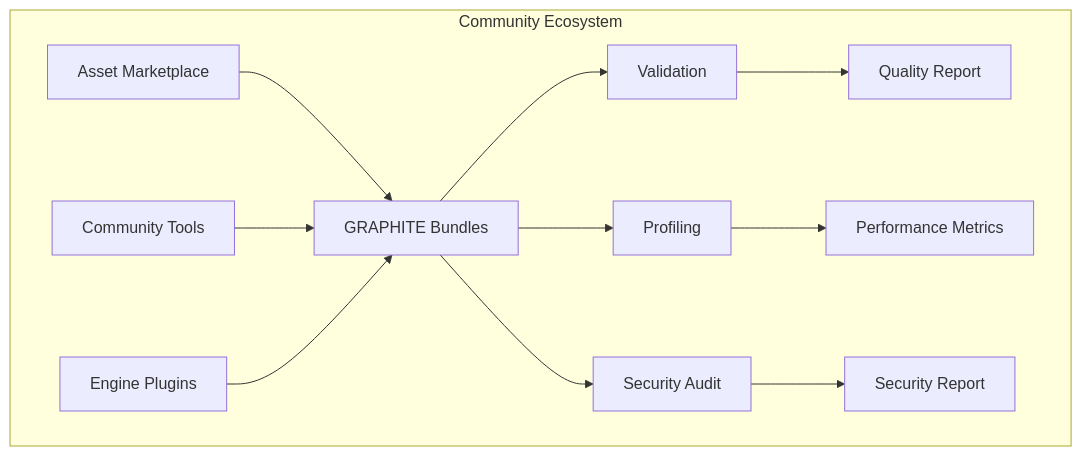
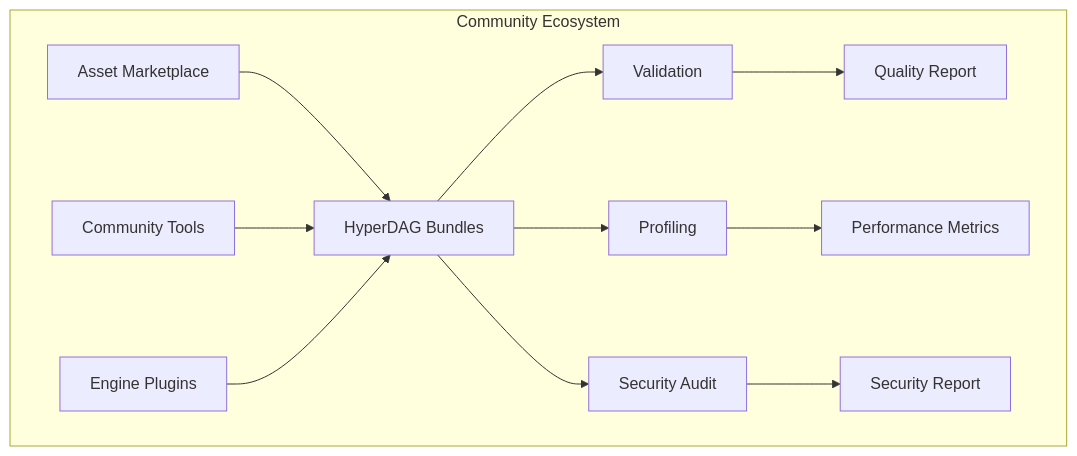
One commit to turtlgraph/docs changed the third of 6 diagrams in volumes/volume-3-advanced-systems/part-11-ecosystem-future.md. Above: the diagram before and after it, drawn with Mermaid. The commit also changed other lines of this file and 10 other files, not shown here.

First line of the commit message:
docs: Replace all GRAPHITE references with TurtlGraph/HyperDAG

````diff
--- a/volumes/volume-3-advanced-systems/part-11-ecosystem-future.md
+++ b/volumes/volume-3-advanced-systems/part-11-ecosystem-future.md
@@ -355,16 +355,16 @@
 ```mermaid
 graph TD
     subgraph "Community Ecosystem"
-        MARKET[Asset Marketplace] --> BUNDLE[GRAPHITE Bundles]
+        MARKET[Asset Marketplace] --> BUNDLE[HyperDAG Bundles]
         TOOLS[Community Tools] --> BUNDLE
         PLUGINS[Engine Plugins] --> BUNDLE
         
         BUNDLE --> VALIDATE[Validation]
         BUNDLE --> PROFILE[Profiling]
         BUNDLE --> AUDIT[Security Audit]
         
         VALIDATE --> REPORT[Quality Report]
         PROFILE --> METRICS[Performance Metrics]
         AUDIT --> SECURITY[Security Report]
     end
 ```
````
